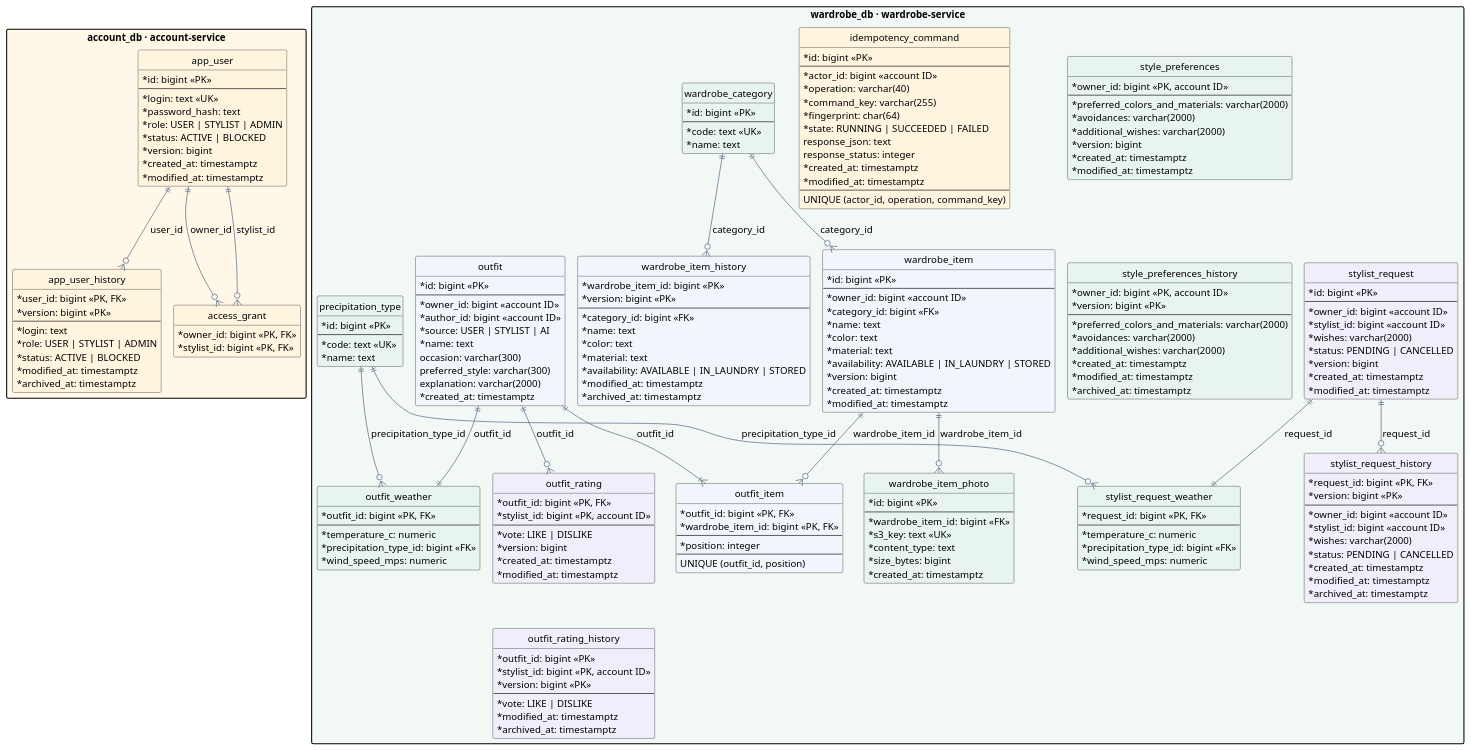
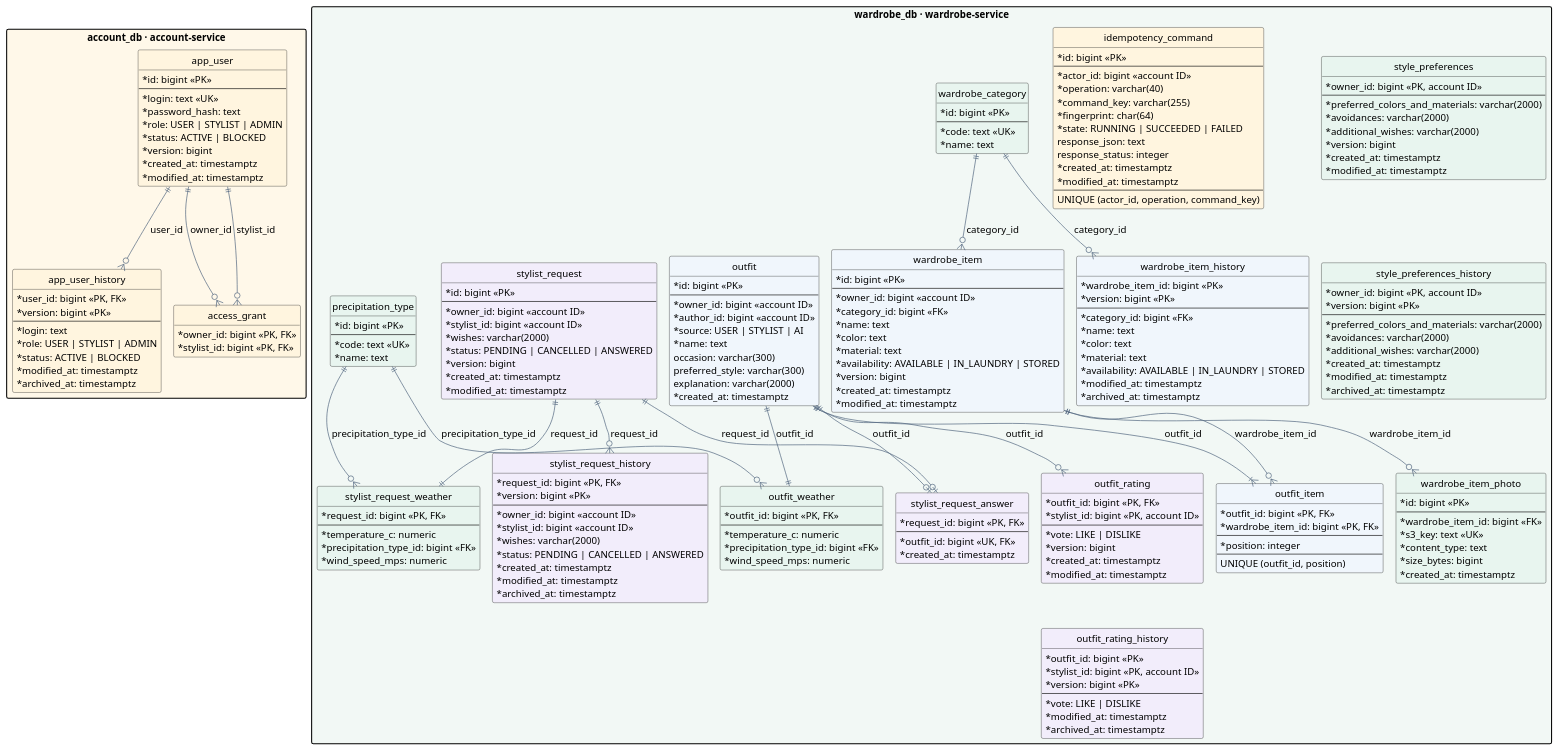
Before and after one commit to SimeonGor/clothes-advisor: the diagram in docs/lab2/diagrams/data.puml, drawn with PlantUML. The commit also changed 4 other files, not shown here.

```diff
--- a/docs/lab2/diagrams/data.puml
+++ b/docs/lab2/diagrams/data.puml
@@ -50,7 +50,7 @@
     * owner_id: bigint <<account ID>>
     * stylist_id: bigint <<account ID>>
     * wishes: varchar(2000)
-    * status: PENDING | CANCELLED
+    * status: PENDING | CANCELLED | ANSWERED
     * version: bigint
     * created_at: timestamptz
     * modified_at: timestamptz
@@ -69,10 +69,16 @@
     * owner_id: bigint <<account ID>>
     * stylist_id: bigint <<account ID>>
     * wishes: varchar(2000)
-    * status: PENDING | CANCELLED
+    * status: PENDING | CANCELLED | ANSWERED
     * created_at: timestamptz
     * modified_at: timestamptz
     * archived_at: timestamptz
+  }
+  entity "stylist_request_answer" as request_answer #F2EDFB {
+    * request_id: bigint <<PK, FK>>
+    --
+    * outfit_id: bigint <<UK, FK>>
+    * created_at: timestamptz
   }
   entity "style_preferences" as preferences #E8F5EF {
     * owner_id: bigint <<PK, account ID>>
@@ -211,6 +217,9 @@
   precipitation ||--o{ weather : precipitation_type_id
   stylist_request ||--|| request_weather : request_id
   stylist_request ||--o{ request_history : request_id
+  stylist_request ||--o| request_answer : request_id
+  outfit ||--o| request_answer : outfit_id
+  outfit -[hidden]right-> stylist_request
   precipitation ||--o{ request_weather : precipitation_type_id
   outfit ||--o{ rating : outfit_id
   rating -[hidden]down-> rating_history
```
